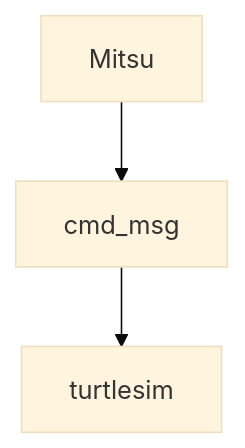
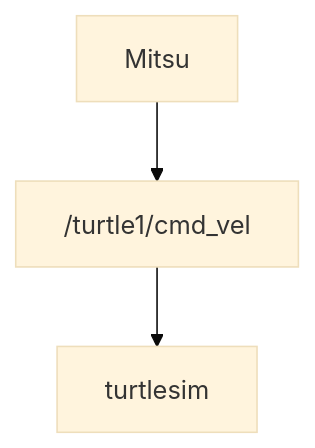
The diagram in README.md (Murgablodazor69/zse_exn_ajr), drawn with Mermaid (base theme) before and after one commit. The commit also changed 1 other file, not shown here.

Commit message:
Improved mermaid graph

````diff
--- a/README.md
+++ b/README.md
@@ -35,5 +35,5 @@
 ```mermaid
 graph TD;
-    Mitsu-->cmd_msg;
-    cmd_msg-->turtlesim;
+    Mitsu-->/turtle1/cmd_vel;
+    /turtle1/cmd_vel-->turtlesim;
 ```
````
